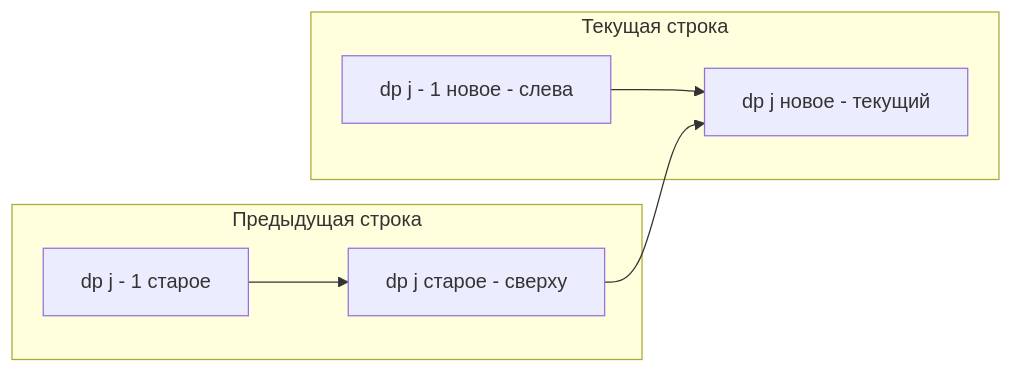
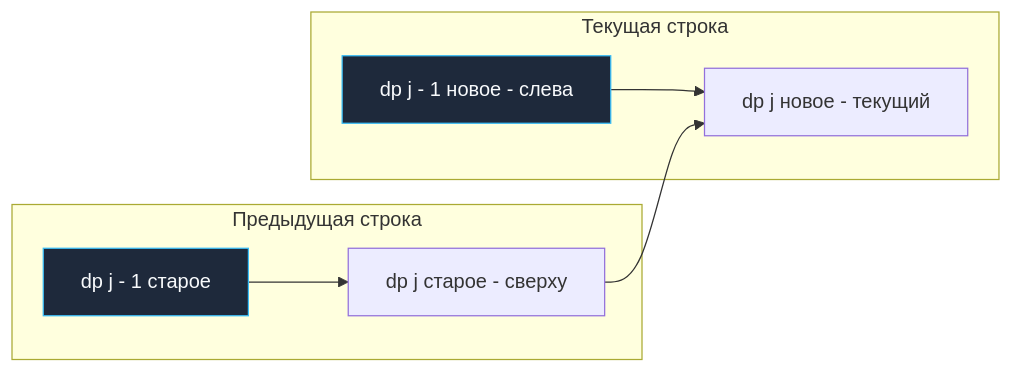
The diagram in sources/21. Задачи с LeetCode и собеседований на Go/02. Задачи/19. Динамическое программирование 2D/2. Матрицы.md (UnrealTemplier/go-textbook), drawn with Mermaid before and after one commit. The commit also changed 1666 other files, not shown here.

First line of the commit message:
feat(mermaid): add semantic color classDef to 1369 colorless flowchart/graph diagrams

````diff
--- a/sources/21. Задачи с LeetCode и собеседований на Go/02. Задачи/19. Динамическое программирование 2D/2. Матрицы.md
+++ b/sources/21. Задачи с LeetCode и собеседований на Go/02. Задачи/19. Динамическое программирование 2D/2. Матрицы.md
@@ -117,10 +117,20 @@
 ```mermaid
 flowchart LR
+    classDef process  fill:#1e293b,stroke:#38bdf8,stroke-width:1px,color:#f8fafc
+    classDef success  fill:#064e3b,stroke:#34d399,stroke-width:1px,color:#f8fafc
+    classDef error    fill:#7f1d1d,stroke:#f87171,stroke-width:1px,color:#f8fafc
+    classDef warning  fill:#78350f,stroke:#fbbf24,stroke-width:1px,color:#f8fafc
+    classDef entry    fill:#1e3a5f,stroke:#38bdf8,stroke-width:2px,color:#f8fafc
+    classDef aux      fill:#334155,stroke:#64748b,stroke-width:1px,color:#f8fafc
+    classDef system   fill:#312e81,stroke:#a78bfa,stroke-width:1px,color:#f8fafc
+    classDef data     fill:#132d29,stroke:#2dd4bf,stroke-width:1px,color:#f8fafc
+    classDef network  fill:#881337,stroke:#fb7185,stroke-width:1px,color:#f8fafc
+    classDef accent   fill:#1e1b4b,stroke:#818cf8,stroke-width:1px,color:#f8fafc
     subgraph Предыдущая строка
-        A["dp j - 1 старое"] --> C["dp j старое - сверху"]
+        A["dp j - 1 старое"]:::process --> C["dp j старое - сверху"]
     end
     subgraph Текущая строка
-        B["dp j - 1 новое - слева"] --> D["dp j новое - текущий"]
+        B["dp j - 1 новое - слева"]:::process --> D["dp j новое - текущий"]
     end
     C --> D
 ```
````
